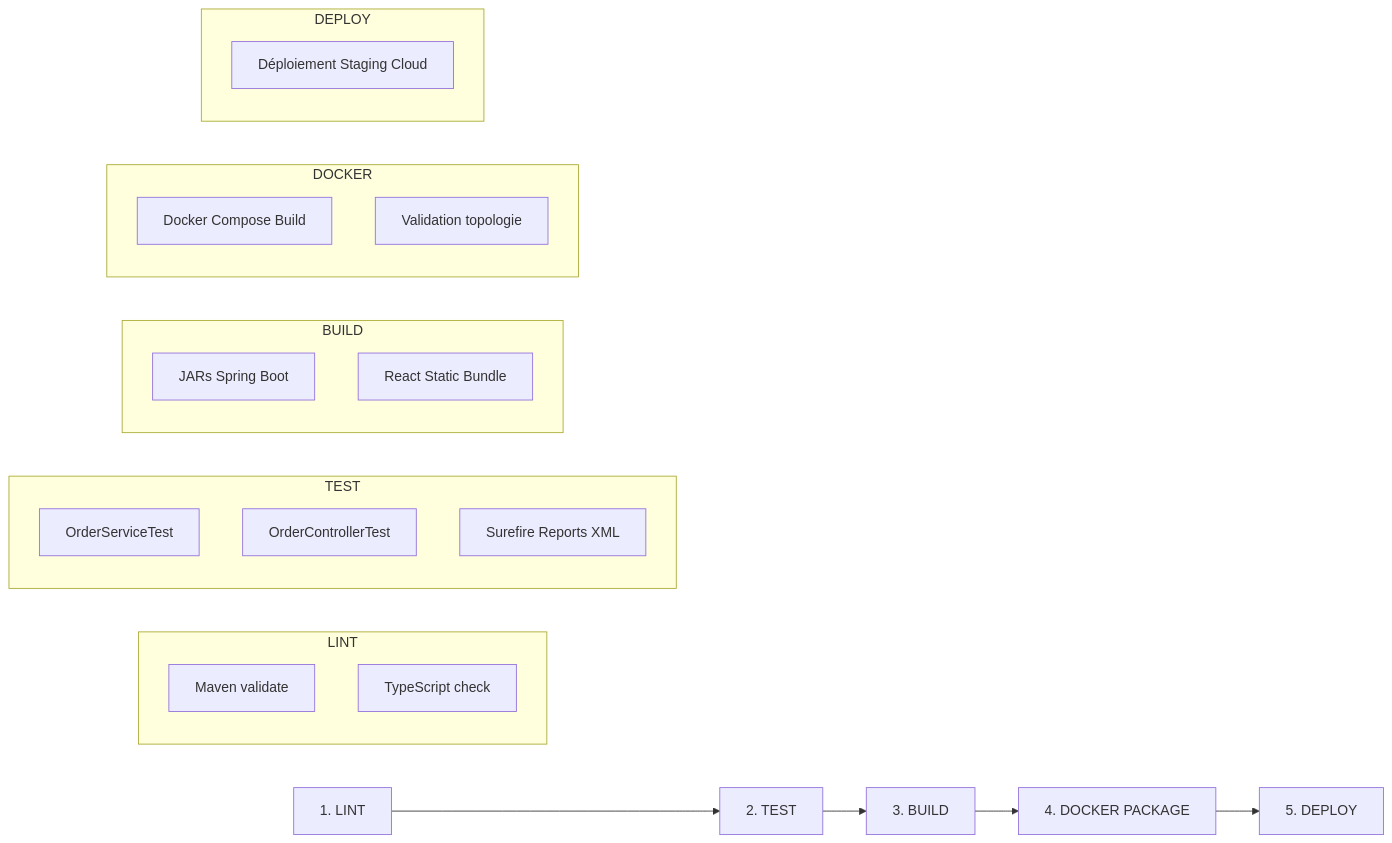
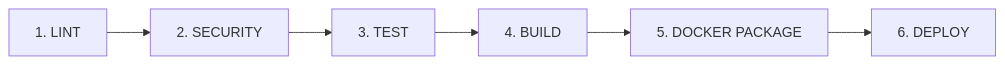
The fifth of 5 diagrams in rapport/RAPPORT_ARCHITECTURE_LOGICIELLE.md (cloudDevML/architecture-logicielle-ecommerce), drawn with Mermaid before and after one commit. The commit also changed other lines of this file and 2 other files, not shown here.

Commit message:
docs(architecture): integration de la matrice de decision, DDD strategique et Clean Architecture dans le rapport

````diff
--- a/rapport/RAPPORT_ARCHITECTURE_LOGICIELLE.md
+++ b/rapport/RAPPORT_ARCHITECTURE_LOGICIELLE.md
@@ -355,32 +324,8 @@
 ```mermaid
 flowchart LR
-    L[1. LINT] --> T[2. TEST]
-    T --> B[3. BUILD]
-    B --> P[4. DOCKER PACKAGE]
-    P --> D[5. DEPLOY]
-
-    subgraph LINT
-        L1[Maven validate]
-        L2[TypeScript check]
-    end
-
-    subgraph TEST
-        T1[OrderServiceTest]
-        T2[OrderControllerTest]
-        T3[Surefire Reports XML]
-    end
-
-    subgraph BUILD
-        B1[JARs Spring Boot]
-        B2[React Static Bundle]
-    end
-
-    subgraph DOCKER
-        P1[Docker Compose Build]
-        P2[Validation topologie]
-    end
-
-    subgraph DEPLOY
-        D1[Déploiement Staging Cloud]
-    end
+    L[1. LINT] --> S[2. SECURITY]
+    S --> T[3. TEST]
+    T --> B[4. BUILD]
+    B --> P[5. DOCKER PACKAGE]
+    P --> D[6. DEPLOY]
 ```
````
